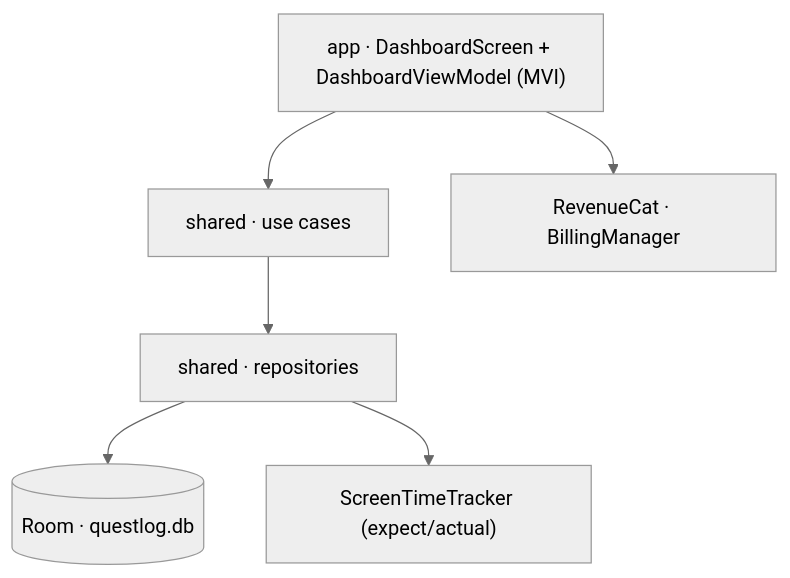
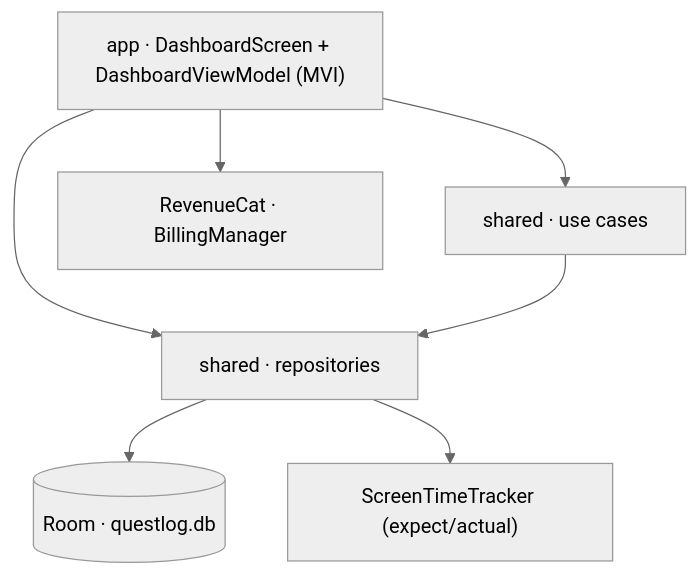
The first of 2 diagrams in README.md (udshah31/QuestLog), drawn with Mermaid (neutral theme) before and after one commit. The commit also changed other lines of this file, not shown here.

````diff
--- a/README.md
+++ b/README.md
@@ -33,15 +33,16 @@
 ```mermaid
 flowchart TD
     UI["app · DashboardScreen + DashboardViewModel (MVI)"]
     UC["shared · use cases"]
     REPO["shared · repositories"]
     DB[("Room · questlog.db")]
     TRACKER["ScreenTimeTracker (expect/actual)"]
     RC["RevenueCat · BillingManager"]
 
     UI --> UC
+    UI --> REPO
     UI --> RC
     UC --> REPO
     REPO --> DB
     REPO --> TRACKER
 ```
````
